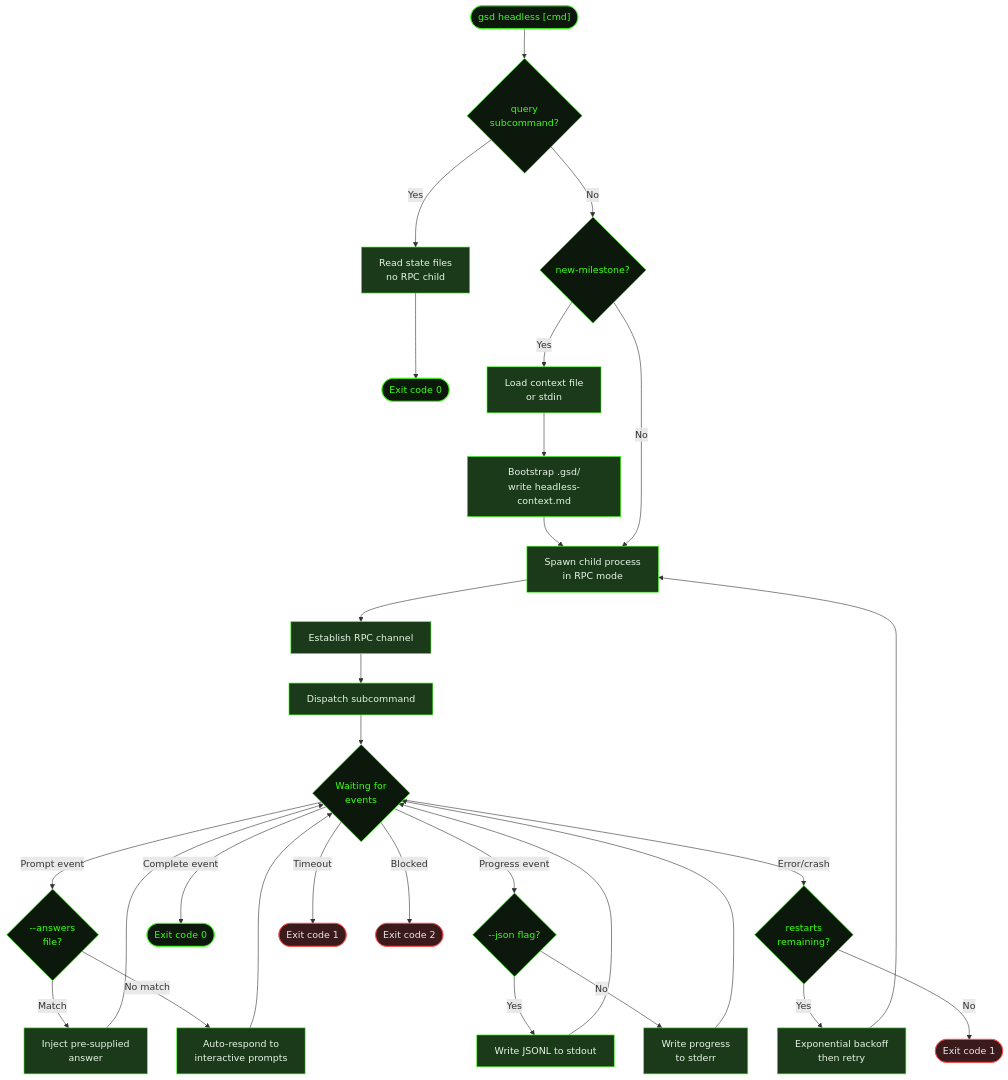
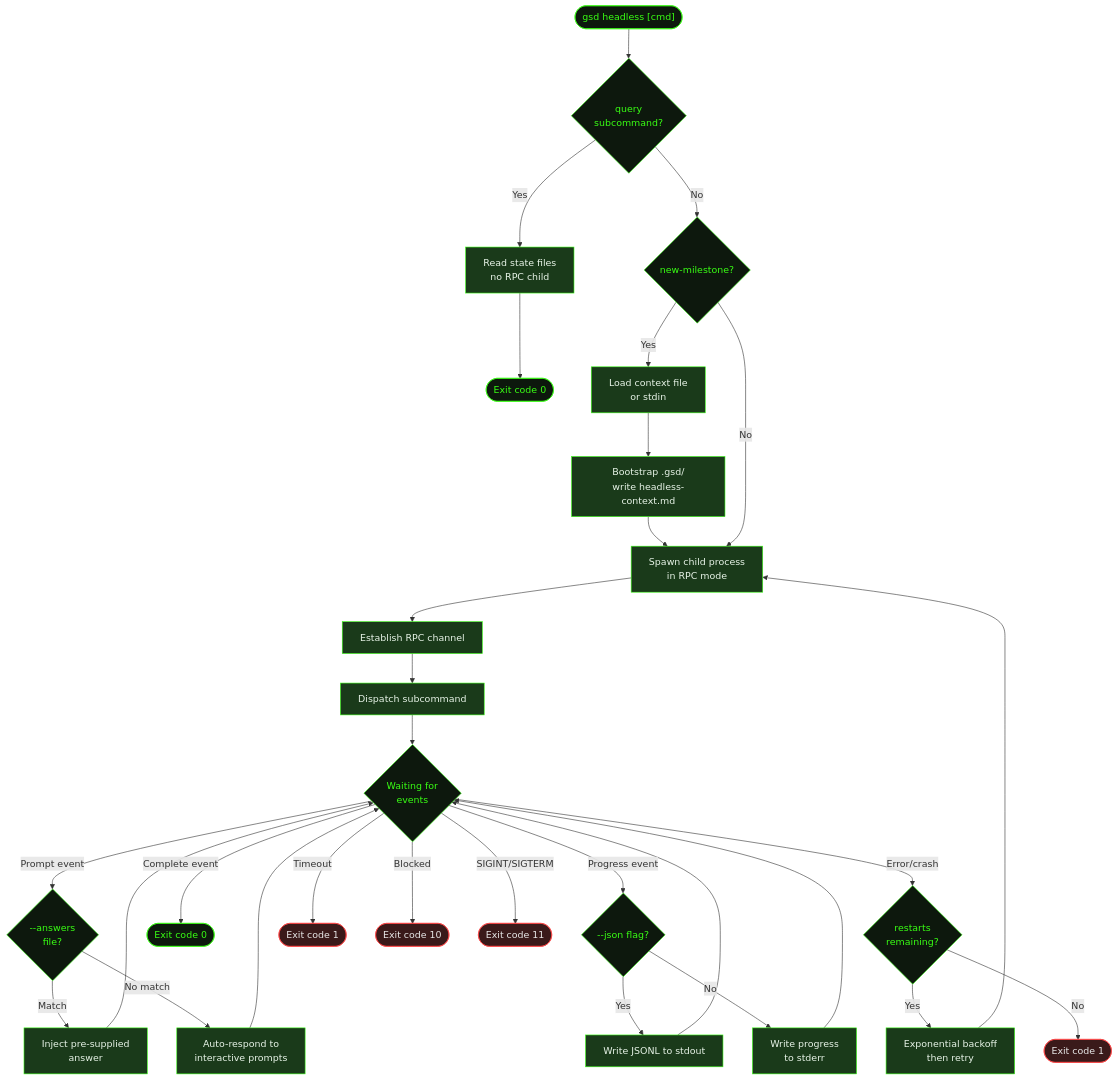
One commit to shusha-group/gsd2-guide changed the diagram in src/content/docs/commands/headless.mdx. Above: the diagram before and after it, drawn with Mermaid. The commit also changed other lines of this file and 202 other files, not shown here.

````diff
--- a/src/content/docs/commands/headless.mdx
+++ b/src/content/docs/commands/headless.mdx
@@ -139,55 +145,57 @@
 ```mermaid
 flowchart TD
     Start(["gsd headless [cmd]"]) --> Query{query\nsubcommand?}
     Query -->|Yes| Snapshot[Read state files\nno RPC child]
     Snapshot --> ExitOK0([Exit code 0])
     Query -->|No| NewMilestone{new-milestone?}
     NewMilestone -->|Yes| LoadCtx[Load context file\nor stdin]
     LoadCtx --> Bootstrap[Bootstrap .gsd/\nwrite headless-context.md]
     Bootstrap --> Spawn
     NewMilestone -->|No| Spawn[Spawn child process\nin RPC mode]
     Spawn --> Connect[Establish RPC channel]
     Connect --> Dispatch[Dispatch subcommand]
     Dispatch --> Loop{Waiting for\nevents}
     Loop -->|Prompt event| Answers{--answers\nfile?}
     Answers -->|Match| Inject[Inject pre-supplied\nanswer]
     Inject --> Loop
     Answers -->|No match| AutoResp[Auto-respond to\ninteractive prompts]
     AutoResp --> Loop
     Loop -->|Progress event| Stream{--json flag?}
     Stream -->|Yes| JSONL[Write JSONL to stdout]
     JSONL --> Loop
     Stream -->|No| Stderr[Write progress\nto stderr]
     Stderr --> Loop
     Loop -->|Complete event| ExitOK([Exit code 0])
     Loop -->|Error/crash| Restart{restarts\nremaining?}
     Restart -->|Yes| Backoff[Exponential backoff\nthen retry]
     Backoff --> Spawn
     Restart -->|No| ExitErr([Exit code 1])
     Loop -->|Timeout| ExitTimeout([Exit code 1])
-    Loop -->|Blocked| ExitBlocked([Exit code 2])
+    Loop -->|Blocked| ExitBlocked([Exit code 10])
+    Loop -->|SIGINT/SIGTERM| ExitCancelled([Exit code 11])
 
     style Start fill:#0d180d,stroke:#39ff14,color:#39ff14
     style Query fill:#0d180d,stroke:#39ff14,color:#39ff14
     style Snapshot fill:#1a3a1a,stroke:#39ff14,color:#e8f4e8
     style NewMilestone fill:#0d180d,stroke:#39ff14,color:#39ff14
     style LoadCtx fill:#1a3a1a,stroke:#39ff14,color:#e8f4e8
     style Bootstrap fill:#1a3a1a,stroke:#39ff14,color:#e8f4e8
     style Spawn fill:#1a3a1a,stroke:#39ff14,color:#e8f4e8
     style Connect fill:#1a3a1a,stroke:#39ff14,color:#e8f4e8
     style Dispatch fill:#1a3a1a,stroke:#39ff14,color:#e8f4e8
     style Loop fill:#0d180d,stroke:#39ff14,color:#39ff14
     style Answers fill:#0d180d,stroke:#39ff14,color:#39ff14
     style Inject fill:#1a3a1a,stroke:#39ff14,color:#e8f4e8
     style AutoResp fill:#1a3a1a,stroke:#39ff14,color:#e8f4e8
     style Stream fill:#0d180d,stroke:#39ff14,color:#39ff14
     style JSONL fill:#1a3a1a,stroke:#39ff14,color:#e8f4e8
     style Stderr fill:#1a3a1a,stroke:#39ff14,color:#e8f4e8
     style Restart fill:#0d180d,stroke:#39ff14,color:#39ff14
     style Backoff fill:#1a3a1a,stroke:#39ff14,color:#e8f4e8
     style ExitOK0 fill:#0d180d,stroke:#39ff14,color:#39ff14
     style ExitOK fill:#0d180d,stroke:#39ff14,color:#39ff14
     style ExitErr fill:#3a1a1a,stroke:#ff4444,color:#e8e8e8
     style ExitTimeout fill:#3a1a1a,stroke:#ff4444,color:#e8e8e8
     style ExitBlocked fill:#3a1a1a,stroke:#ff4444,color:#e8e8e8
+    style ExitCancelled fill:#3a1a1a,stroke:#ff4444,color:#e8e8e8
 ```
````
